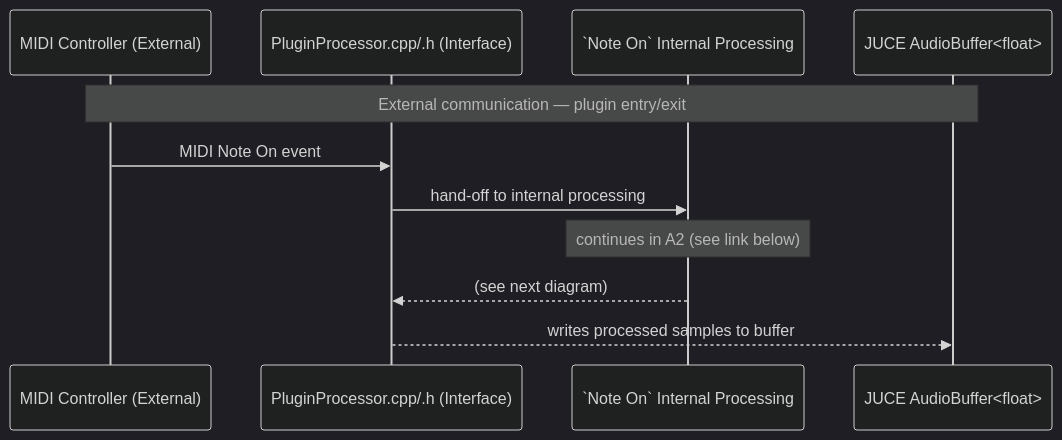
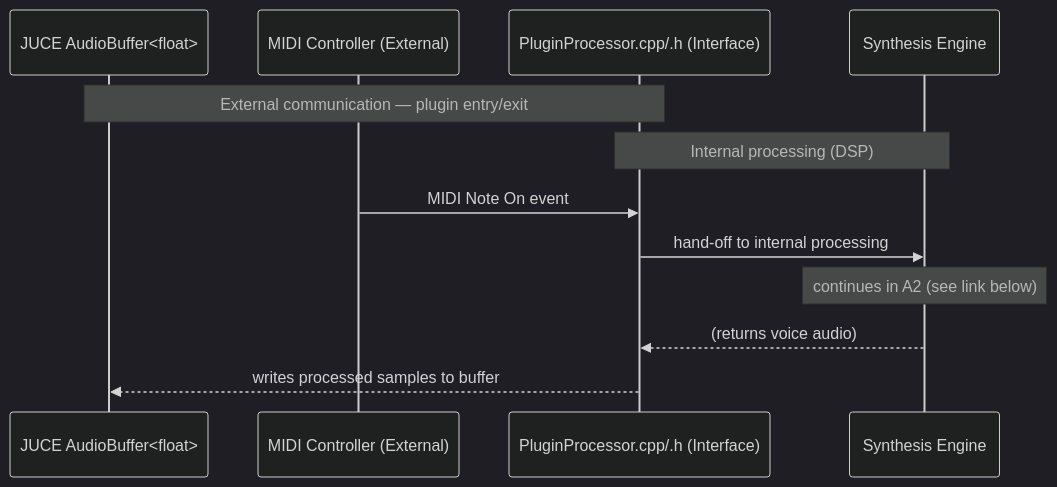
One commit to TYLERSFOSTER/MIDIControl001 changed the first of 6 diagrams in docs/architecture.md. Above: the diagram before and after it, drawn with Mermaid (dark theme). The commit also changed other lines of this file, not shown here.

Commit message:
plugin design

````diff
--- a/docs/architecture.md
+++ b/docs/architecture.md
@@ -23,14 +55,15 @@
 ```mermaid
 sequenceDiagram
+participant Buffer as JUCE AudioBuffer<float>
 participant MIDI as MIDI Controller (External)
 participant PluginProcessor as PluginProcessor.cpp/.h (Interface)
-participant Ref as `Note On` Internal Processing
-participant Buffer as JUCE AudioBuffer<float>
+participant Ref as Synthesis Engine
 
-Note over MIDI,Buffer: External communication — plugin entry/exit
+Note over Buffer,PluginProcessor: External communication — plugin entry/exit
+Note over PluginProcessor,Ref: Internal processing (DSP)
 MIDI->>PluginProcessor: MIDI Note On event
 PluginProcessor->>Ref: hand-off to internal processing
 Note over Ref: continues in A2 (see link below)
-Ref-->>PluginProcessor: (see next diagram)
+Ref-->>PluginProcessor: (returns voice audio)
 PluginProcessor-->>Buffer: writes processed samples to buffer
 ```
````
